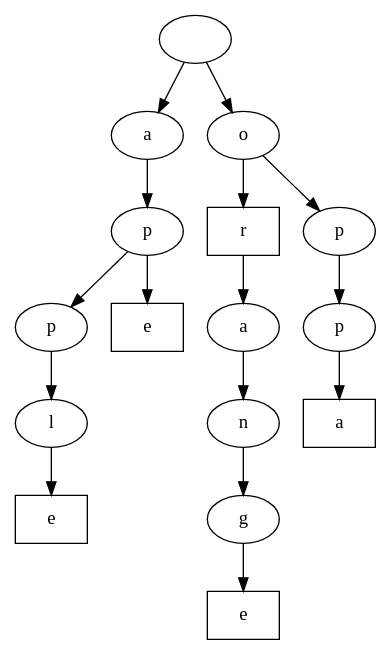
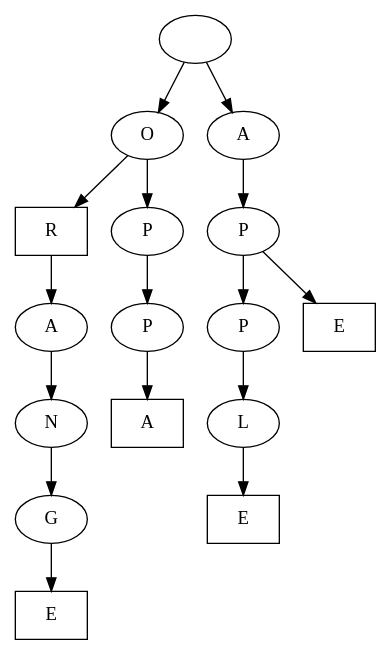
One commit to keithstellyes/Pretty-Data-Stuctures changed the diagram in trie.dot. Above: the diagram before and after it, drawn with Graphviz. The commit also changed 12 other files, not shown here.

```diff
--- a/trie.dot
+++ b/trie.dot
@@ -1,37 +1,33 @@
-// to compile this try dot trie.dot -T png -o trie.png
-
-// don't forget to pipe this to a file :)
-
 digraph {
     a [label=""];
-    b [label="a"];
-    c [label="p"];
-    d [label="p"];
-    e [label="l"];
-    f [label="e", shape=box];
-    g [label="e", shape=box];
-    h [label="o"];
-    i [label="r", shape=box];
-    j [label="a"];
-    k [label="n"];
-    l [label="g"];
-    m [label="e", shape=box];
-    n [label="p"];
-    o [label="p"];
-    p [label="a", shape=box];
+    b [label="O"];
+    c [label="R", shape=box];
+    d [label="A"];
+    e [label="N"];
+    f [label="G"];
+    g [label="E", shape=box];
+    h [label="P"];
+    i [label="P"];
+    j [label="A", shape=box];
+    k [label="A"];
+    l [label="P"];
+    m [label="P"];
+    n [label="L"];
+    o [label="E", shape=box];
+    p [label="E", shape=box];
+    f -> g;
     e -> f;
     d -> e;
     c -> d;
-    c -> g;
     b -> c;
-    a -> b;
-    l -> m;
-    k -> l;
-    j -> k;
     i -> j;
     h -> i;
-    o -> p;
+    b -> h;
+    a -> b;
     n -> o;
-    h -> n;
-    a -> h;
+    m -> n;
+    l -> m;
+    l -> p;
+    k -> l;
+    a -> k;
 }
```
